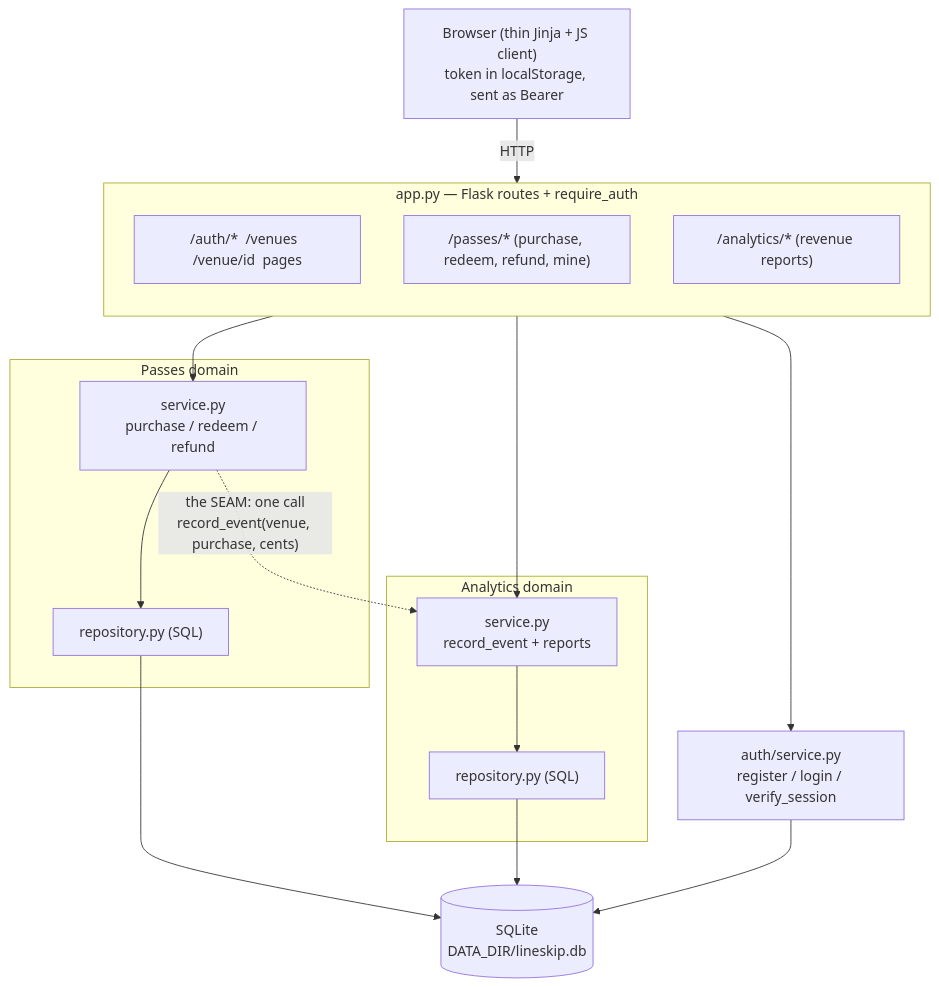
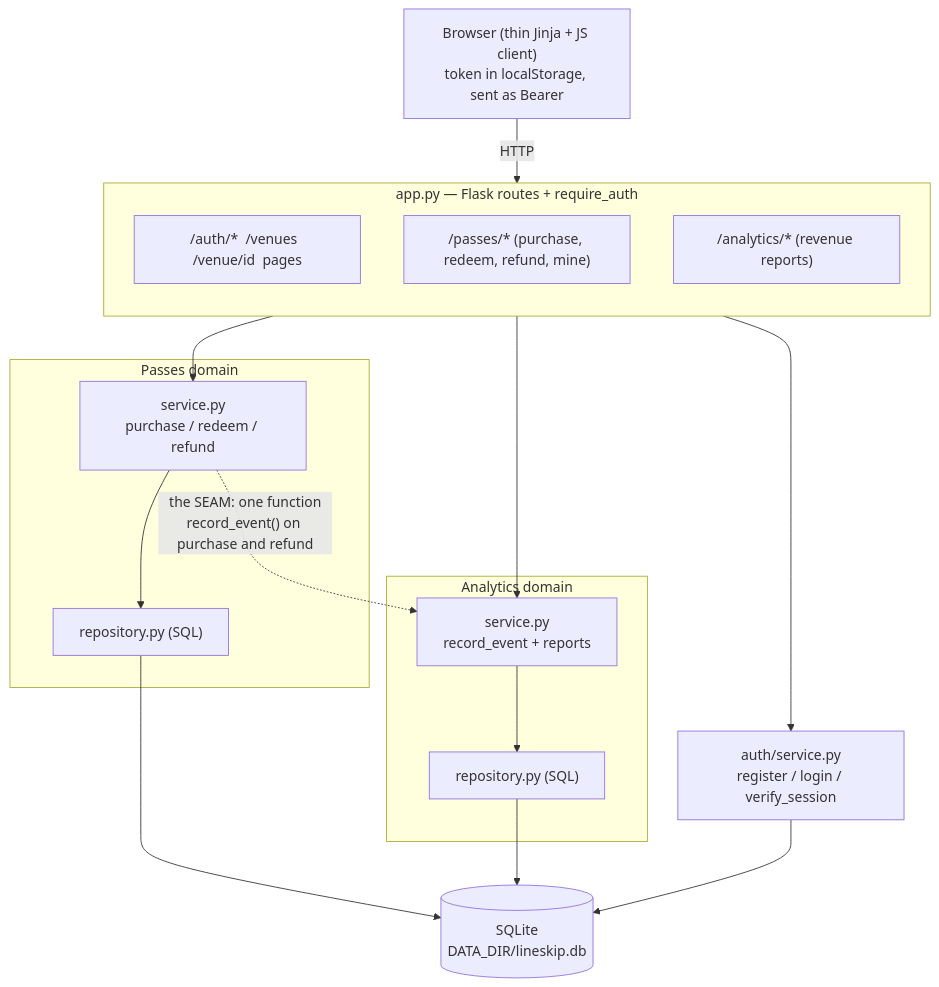
Before and after one commit to amayer2024/LineSkip: the first of 2 diagrams in report.md, drawn with Mermaid. The commit also changed other lines of this file and 3 other files, not shown here.

Commit message:
Record refund events through the Analytics seam

````diff
--- a/report.md
+++ b/report.md
@@ -93,36 +93,36 @@
 ```mermaid
 flowchart TD
     browser["Browser (thin Jinja + JS client)<br/>token in localStorage, sent as Bearer"]
     browser -->|HTTP| app
 
     subgraph app["app.py — Flask routes + require_auth"]
         direction TB
         auth_routes["/auth/*  /venues  /venue/id  pages"]
         pass_routes["/passes/* (purchase, redeem, refund, mine)"]
         rpt_routes["/analytics/* (revenue reports)"]
     end
 
     subgraph passes["Passes domain"]
         pass_svc["service.py<br/>purchase / redeem / refund"]
         pass_repo["repository.py (SQL)"]
         pass_svc --> pass_repo
     end
 
     subgraph analytics["Analytics domain"]
         an_svc["service.py<br/>record_event + reports"]
         an_repo["repository.py (SQL)"]
         an_svc --> an_repo
     end
 
     auth_svc["auth/service.py<br/>register / login / verify_session"]
 
     auth_routes --> auth_svc
     pass_routes --> pass_svc
     rpt_routes --> an_svc
 
-    pass_svc -. "the SEAM: one call<br/>record_event(venue, purchase, cents)" .-> an_svc
+    pass_svc -. "the SEAM: one function<br/>record_event() on purchase and refund" .-> an_svc
 
     pass_repo --> db[("SQLite<br/>DATA_DIR/lineskip.db")]
     an_repo --> db
     auth_svc --> db
 ```
````
